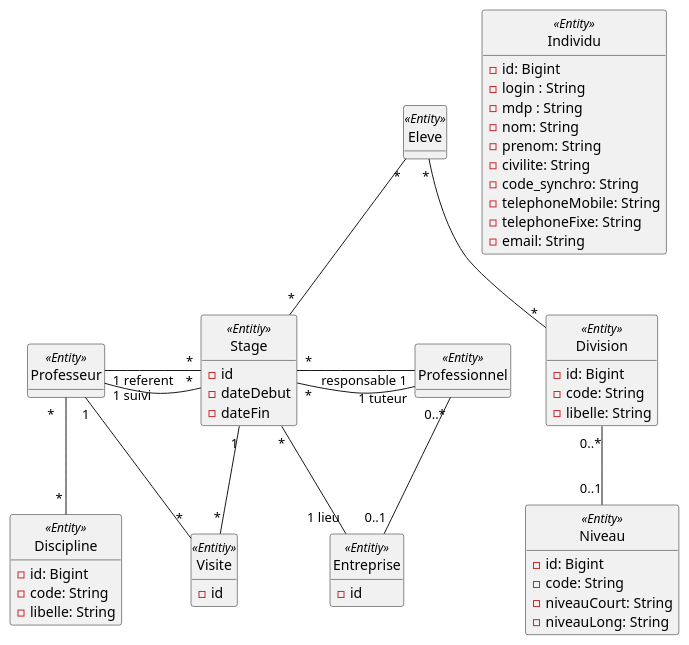
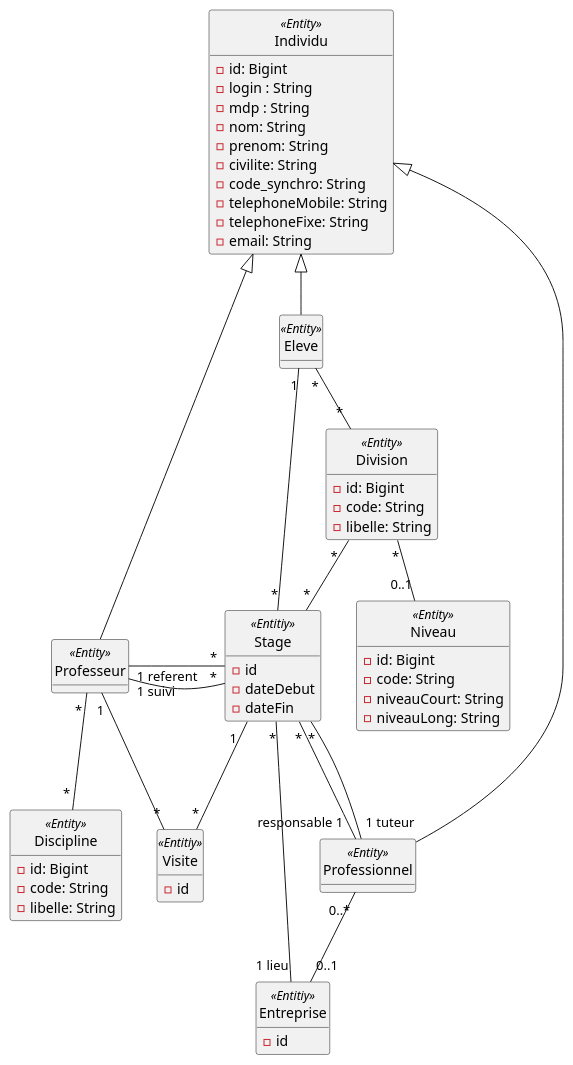
Before and after one commit to frederic-v/gestages: the diagram in src/main/docs/base_pfmp_explo3.puml, drawn with PlantUML. The commit also changed 1 other file, not shown here.

```diff
--- a/src/main/docs/base_pfmp_explo3.puml
+++ b/src/main/docs/base_pfmp_explo3.puml
@@ -1,118 +1,121 @@
 @startuml
 
 class Individu << Entity >> {
   - id: Bigint
   - login : String
   - mdp : String
   - nom: String
   - prenom: String
   - civilite: String
   - code_synchro: String
   - telephoneMobile: String
   - telephoneFixe: String
   - email: String
   + getters() et setters()
   + equals()
   + hashCode()
   + toString()
 }
 
 
 class Eleve << Entity >> {
    + getters() et setters()
    + equals()
    + hashCode()
    + toString()
 }
 
 
 class Professeur << Entity >> {
    + getters() et setters()
    + equals()
    + hashCode()
    + toString()
 }
 
 
 class Professionnel << Entity >> {
    + getters() et setters()
    + equals()
    + hashCode()
    + toString()
 }
 
 class Division << Entity >> {
    - id: Bigint
    - code: String
    - libelle: String
    + getters() et setters()
    + equals()
    + hashCode()
    + toString()
 }
 
 class Niveau << Entity >> {
    - id: Bigint
    - code: String
    - niveauCourt: String
    - niveauLong: String
    + getters() et setters()
    + equals()
    + hashCode()
    + toString()
 }
 
 class Discipline << Entity >> {
    - id: Bigint
    - code: String
    - libelle: String
    + getters() et setters()
    + equals()
    + hashCode()
    + toString()
 }
 
 
 class Stage << Entitiy >> {
    - id
    - dateDebut
    - dateFin
    + getters() et setters()
    + equals()
    + hashCode()
    + toString()
 }
 
 class Entreprise << Entitiy >> {
    - id
    + getters() et setters()
    + equals()
    + hashCode()
    + toString()
 }
 
 class Visite << Entitiy >> {
    - id
    + getters() et setters()
    + equals()
    + hashCode()
    + toString()
 }
 
 
 hide circle
 hide methods
-Eleve  "*" -- "*" Stage
-
+Eleve "1" -- "*" Stage
+Eleve "*" -- " * " Division
 Stage "*" -left-- "1 referent" Professeur : "                  "
 Stage "*" -- "1 suivi" Professeur : "   "
-Stage "*" -right--- "responsable 1" Professionnel :"                        "
-Stage "*" -- "1 tuteur" Professionnel:"  "
+Stage "*" -- "responsable 1" Professionnel
+Stage "*" -- "1 tuteur" Professionnel:"    "
 Stage "*" -- "1 lieu" Entreprise:"  "
-Stage "1" -- "*" Visite
+Stage "1  " -- "*" Visite
 Professeur "1" -- "*" Visite
-Professeur " *   " -- " * " Discipline
-Division "0..*" -- "0..1" Niveau
-Eleve "*" -- "*" Division
+Professeur " * " -- " * " Discipline
+Division "*" -- "0..1" Niveau
 Professionnel "0..*" -- "0..1" Entreprise
+Division " *  " -- "*" Stage
+Individu <|-- Eleve
+Individu <|-- Professeur
+Individu <|-- Professionnel
 @enduml
```
